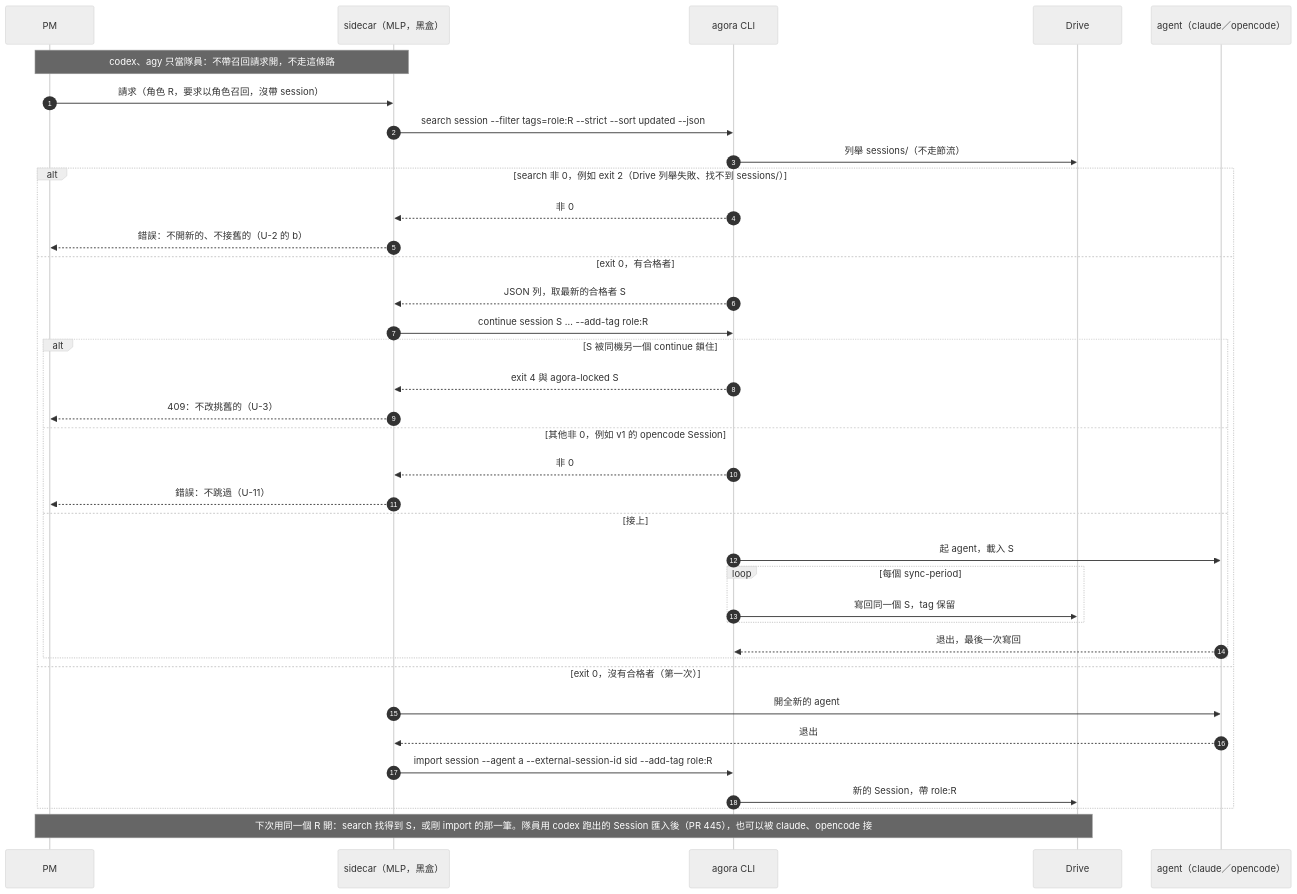
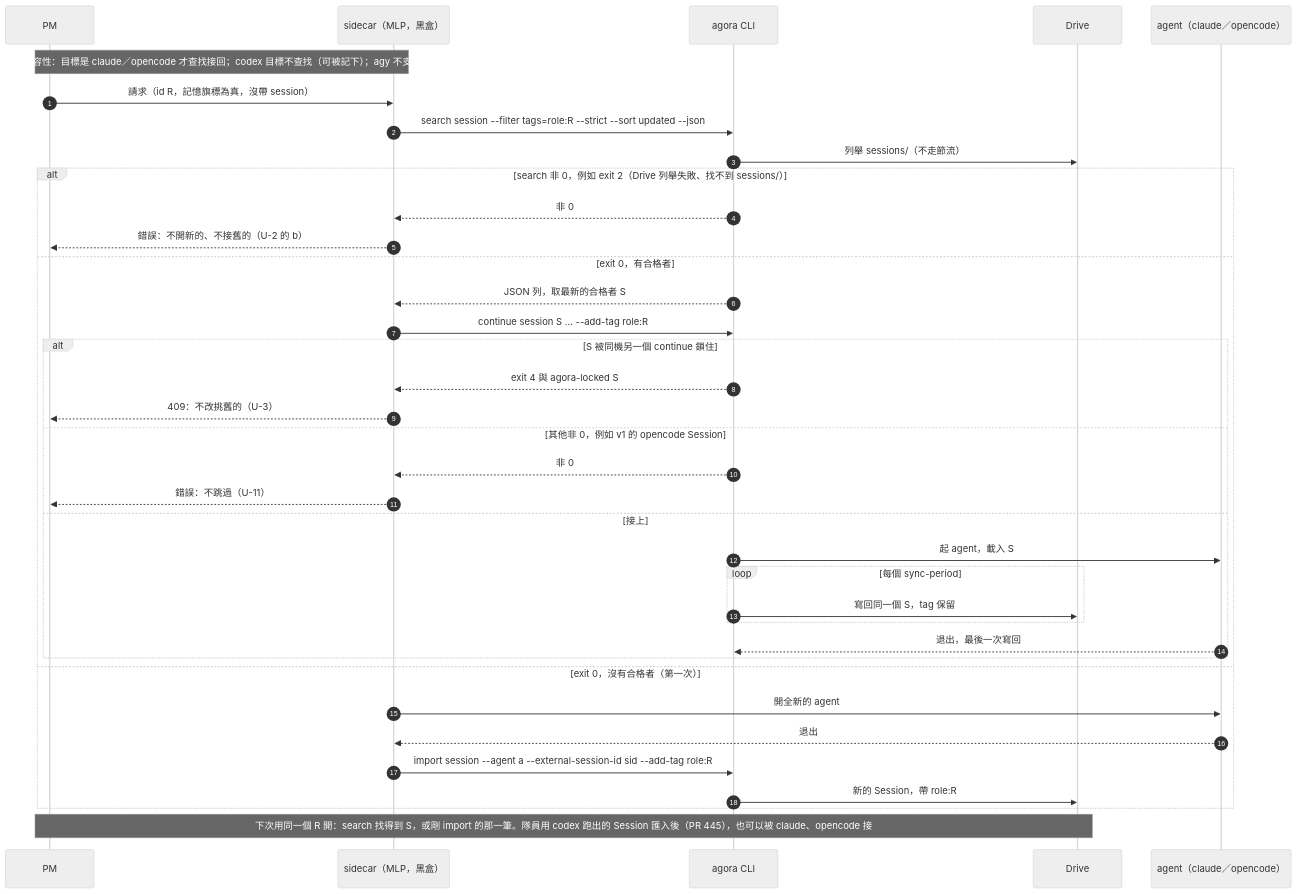
One commit to FATESAIKOU/MyAiStorage changed the second of 3 diagrams in docs/design-notes/439-role-session-recall.md. Above: the diagram before and after it, drawn with Mermaid (neutral theme). The commit also changed other lines of this file and 2 other files, not shown here.

````diff
--- a/docs/design-notes/439-role-session-recall.md
+++ b/docs/design-notes/439-role-session-recall.md
@@ -311,39 +313,39 @@
 ```mermaid
 sequenceDiagram
   autonumber
   participant PM
   participant SC as sidecar（MLP，黑盒）
   participant AG as agora CLI
   participant DR as Drive
   participant AI as agent（claude／opencode）
-  Note over PM,SC: codex、agy 只當隊員：不帶召回請求開，不走這條路
-  PM->>SC: 請求（角色 R，要求以角色召回，沒帶 session）
+  Note over PM,SC: 相容性：目標是 claude／opencode 才查找接回；codex 目標不查找（可被記下）；agy 不支援
+  PM->>SC: 請求（id R，記憶旗標為真，沒帶 session）
   SC->>AG: search session --filter tags=role:R --strict --sort updated --json
   AG->>DR: 列舉 sessions/（不走節流）
   alt search 非 0，例如 exit 2（Drive 列舉失敗、找不到 sessions/）
     AG-->>SC: 非 0
     SC-->>PM: 錯誤：不開新的、不接舊的（U-2 的 b）
   else exit 0，有合格者
     AG-->>SC: JSON 列，取最新的合格者 S
     SC->>AG: continue session S … --add-tag role:R
     alt S 被同機另一個 continue 鎖住
       AG-->>SC: exit 4 與 agora-locked S
       SC-->>PM: 409：不改挑舊的（U-3）
     else 其他非 0，例如 v1 的 opencode Session
       AG-->>SC: 非 0
       SC-->>PM: 錯誤：不跳過（U-11）
     else 接上
       AG->>AI: 起 agent，載入 S
       loop 每個 sync-period
         AG->>DR: 寫回同一個 S，tag 保留
       end
       AI-->>AG: 退出，最後一次寫回
     end
   else exit 0，沒有合格者（第一次）
     SC->>AI: 開全新的 agent
     AI-->>SC: 退出
     SC->>AG: import session --agent a --external-session-id sid --add-tag role:R
     AG->>DR: 新的 Session，帶 role:R
   end
   Note over PM,DR: 下次用同一個 R 開：search 找得到 S，或剛 import 的那一筆。隊員用 codex 跑出的 Session 匯入後（PR 445），也可以被 claude、opencode 接
 ```
````
